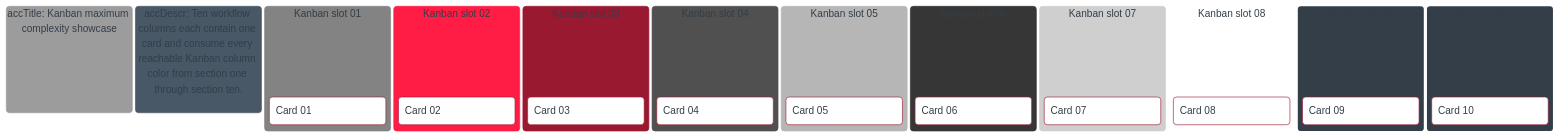
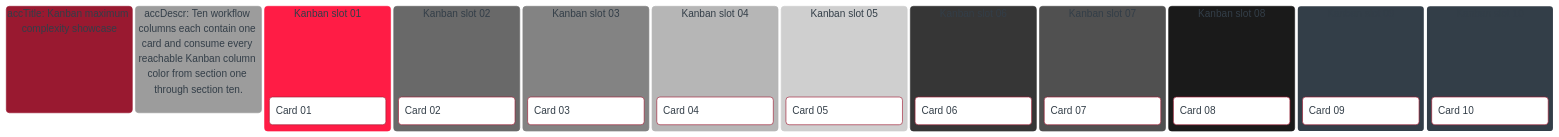
The diagram in skills/mermaid/assets/examples/mermaid-max-complexity/source/colorset1/kanban.mmd (gvillarroel/skills), drawn with Mermaid before and after one commit. The commit also changed 847 other files, not shown here.

```diff
--- a/skills/mermaid/assets/examples/mermaid-max-complexity/source/colorset1/kanban.mmd
+++ b/skills/mermaid/assets/examples/mermaid-max-complexity/source/colorset1/kanban.mmd
@@ -1,94 +1,95 @@
 ---
 # mermaid: config begin
 config:
   theme: "base"
   themeVariables:
     THEME_COLOR_LIMIT: 12
     background: "#ffffff"
-    primaryColor: "#ffccd5"
-    primaryTextColor: "#333e48"
+    primaryColor: "#9e1b32"
+    primaryTextColor: "#ffffff"
     primaryBorderColor: "#9e1b32"
-    secondaryColor: "#e7e7e7"
-    secondaryTextColor: "#333e48"
-    secondaryBorderColor: "#4f4f4f"
-    tertiaryColor: "#e7e7e7"
-    tertiaryTextColor: "#333e48"
-    tertiaryBorderColor: "#9c9c9c"
+    secondaryColor: "#333e48"
+    secondaryTextColor: "#ffffff"
+    secondaryBorderColor: "#333e48"
+    tertiaryColor: "#6d1222"
+    tertiaryTextColor: "#ffffff"
+    tertiaryBorderColor: "#6d1222"
     lineColor: "#696969"
     textColor: "#333e48"
-    mainBkg: "#ffccd5"
-    nodeBkg: "#ffccd5"
+    mainBkg: "#9e1b32"
+    nodeBkg: "#9e1b32"
     nodeBorder: "#9e1b32"
     clusterBkg: "#e7e7e7"
     clusterBorder: "#9c9c9c"
     defaultLinkColor: "#696969"
     edgeLabelBackground: "#ffffff"
-    labelColor: "#333e48"
+    labelColor: "#ffffff"
     titleColor: "#333e48"
     cScale0: "#9e1b32"
-    cScale1: "#4f4f4f"
-    cScale2: "#828282"
-    cScale3: "#333e48"
-    cScale4: "#696969"
-    cScale5: "#e8002a"
-    cScale6: "#6d1222"
-    cScale7: "#363636"
-    cScale8: "#9c9c9c"
+    cScale1: "#333e48"
+    cScale2: "#6d1222"
+    cScale3: "#828282"
+    cScale4: "#e8002a"
+    cScale5: "#4f4f4f"
+    cScale6: "#696969"
+    cScale7: "#9c9c9c"
+    cScale8: "#b5b5b5"
     cScale9: "#1c1c1c"
-    cScale10: "#b5b5b5"
-    cScale11: "#ffccd5"
+    cScale10: "#363636"
+    cScale11: "#000000"
     cScaleLabel0: "#ffffff"
     cScaleLabel1: "#ffffff"
-    cScaleLabel2: "#1c1c1c"
-    cScaleLabel3: "#ffffff"
+    cScaleLabel2: "#ffffff"
+    cScaleLabel3: "#000000"
     cScaleLabel4: "#ffffff"
     cScaleLabel5: "#ffffff"
     cScaleLabel6: "#ffffff"
-    cScaleLabel7: "#ffffff"
-    cScaleLabel8: "#1c1c1c"
+    cScaleLabel7: "#000000"
+    cScaleLabel8: "#000000"
     cScaleLabel9: "#ffffff"
-    cScaleLabel10: "#1c1c1c"
-    cScaleLabel11: "#1c1c1c"
+    cScaleLabel10: "#ffffff"
+    cScaleLabel11: "#ffffff"
     cScaleInv0: "#ffffff"
     cScaleInv1: "#ffffff"
-    cScaleInv2: "#1c1c1c"
-    cScaleInv3: "#ffffff"
+    cScaleInv2: "#ffffff"
+    cScaleInv3: "#000000"
     cScaleInv4: "#ffffff"
     cScaleInv5: "#ffffff"
     cScaleInv6: "#ffffff"
-    cScaleInv7: "#ffffff"
-    cScaleInv8: "#1c1c1c"
+    cScaleInv7: "#000000"
+    cScaleInv8: "#000000"
     cScaleInv9: "#ffffff"
-    cScaleInv10: "#1c1c1c"
-    cScaleInv11: "#1c1c1c"
+    cScaleInv10: "#ffffff"
+    cScaleInv11: "#ffffff"
+  themeCSS: ".node > rect, .node > circle, .node > ellipse, .node > polygon, .node > path, rect.actor, .note, .task, .task0, .task1, .task2, .task3 { stroke-width: 0 !important; }"
 # mermaid: config end
 # mermaid: metadata begin
 mermaid:
   colorset: "colorset1"
   mode: "standard"
   palette: "basic-red-neutral-style"
 # mermaid: metadata end
 ---
 kanban
   accTitle: Kanban maximum complexity showcase
   accDescr: Ten workflow columns each contain one card and consume every reachable Kanban column color from section one through section ten.
   slot01[Kanban slot 01]
     card01[Card 01]
   slot02[Kanban slot 02]
     card02[Card 02]
   slot03[Kanban slot 03]
     card03[Card 03]
   slot04[Kanban slot 04]
     card04[Card 04]
   slot05[Kanban slot 05]
     card05[Card 05]
   slot06[Kanban slot 06]
     card06[Card 06]
   slot07[Kanban slot 07]
     card07[Card 07]
   slot08[Kanban slot 08]
     card08[Card 08]
   slot09[Kanban slot 09]
     card09[Card 09]
   slot10[Kanban slot 10]
     card10[Card 10]
```
